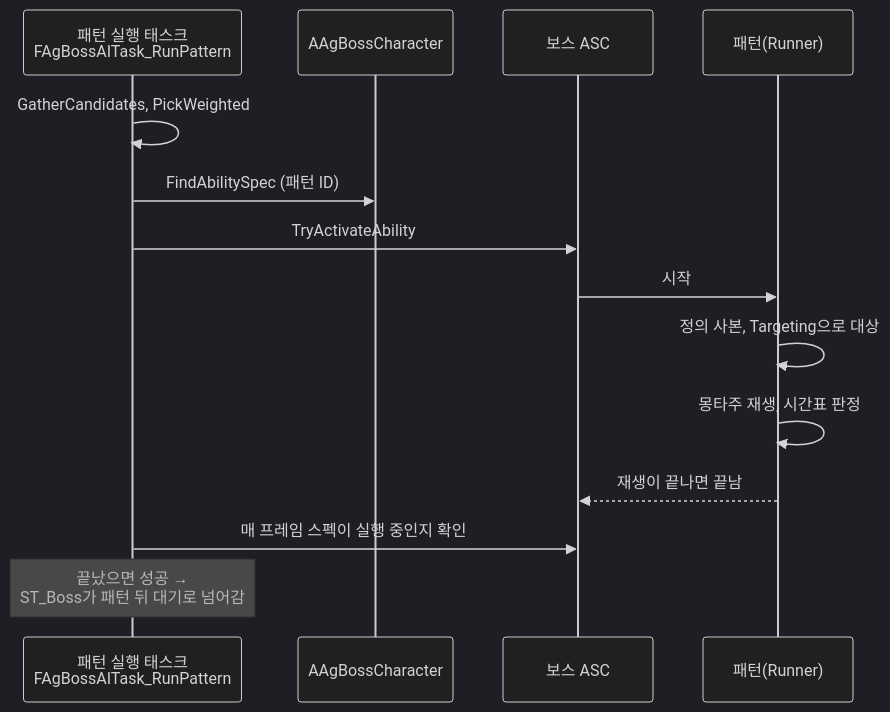
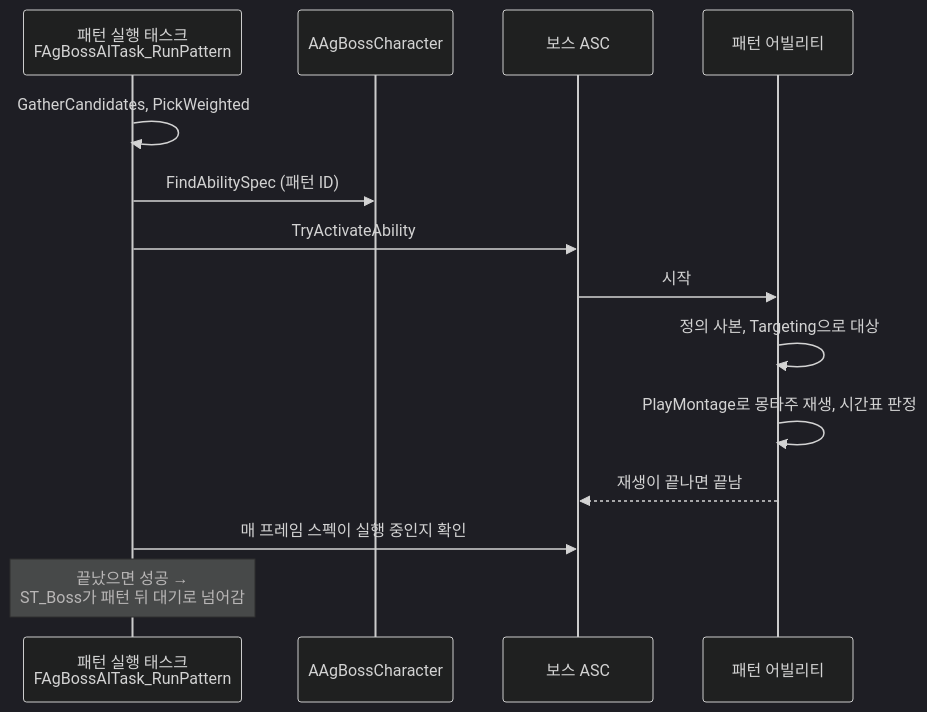
One commit to Woogl/Ag changed the third of 3 diagrams in Docs/Program/보스.md. Above: the diagram before and after it, drawn with Mermaid (dark theme). The commit also changed other lines of this file and 146 other files, not shown here.

````diff
--- a/Docs/Program/보스.md
+++ b/Docs/Program/보스.md
@@ -100,16 +100,16 @@
 ```mermaid
 sequenceDiagram
     participant T as 패턴 실행 태스크<br>FAgBossAITask_RunPattern
     participant B as AAgBossCharacter
     participant ASC as 보스 ASC
-    participant GA as 패턴(Runner)
+    participant GA as 패턴 어빌리티
     T->>T: GatherCandidates, PickWeighted
     T->>B: FindAbilitySpec (패턴 ID)
     T->>ASC: TryActivateAbility
     ASC->>GA: 시작
     GA->>GA: 정의 사본, Targeting으로 대상
-    GA->>GA: 몽타주 재생, 시간표 판정
+    GA->>GA: PlayMontage로 몽타주 재생, 시간표 판정
     GA-->>ASC: 재생이 끝나면 끝남
     T->>ASC: 매 프레임 스펙이 실행 중인지 확인
     Note over T: 끝났으면 성공 →<br>ST_Boss가 패턴 뒤 대기로 넘어감
 ```
````
